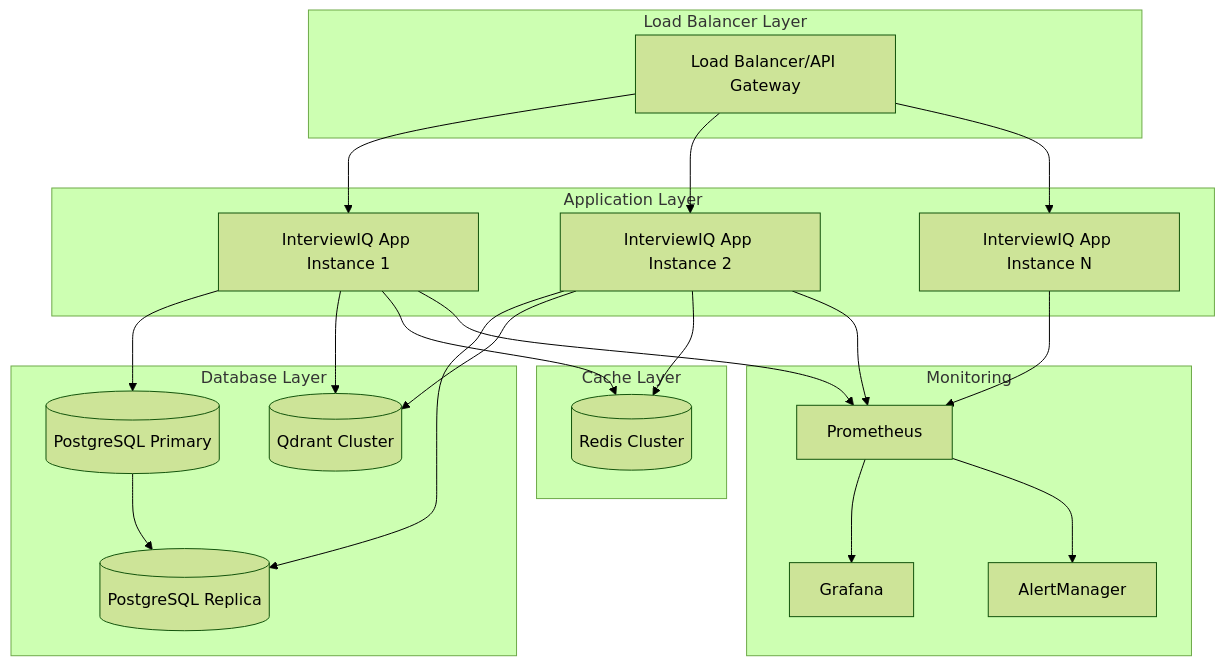
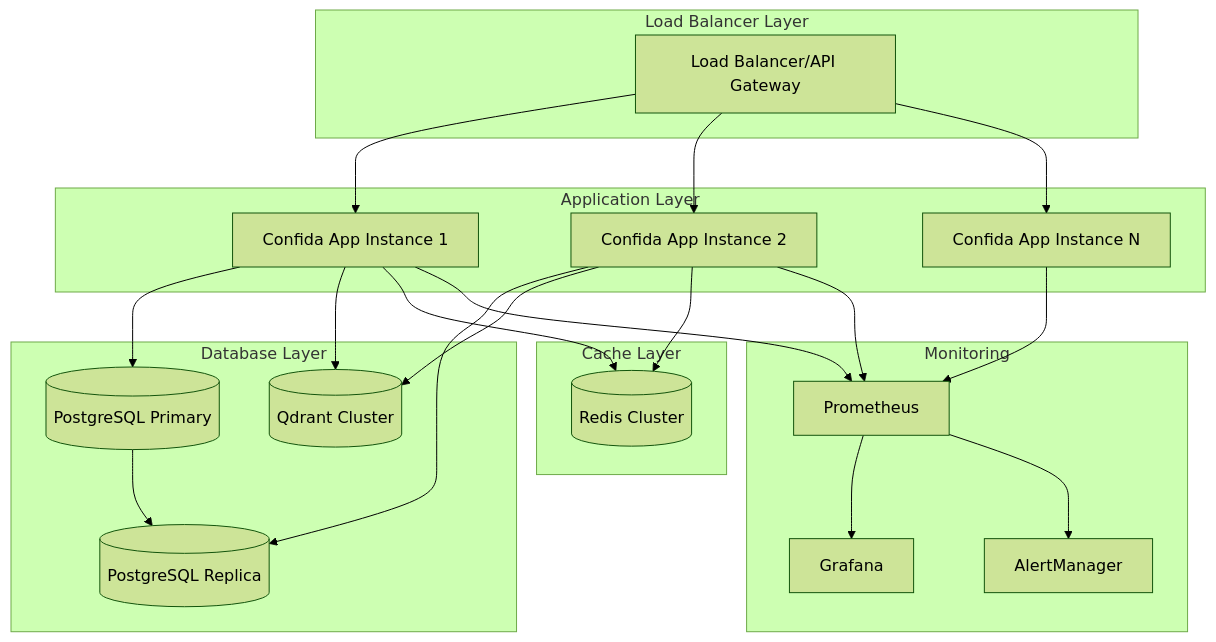
Before and after one commit to bnnadi/confida-service: the diagram in docs/PRODUCTION_DEPLOYMENT_GUIDE.md, drawn with Mermaid (forest theme). The commit also changed other lines of this file and 63 other files, not shown here.

First line of the commit message:
Update project references from InterviewIQ to Confida

````diff
--- a/docs/PRODUCTION_DEPLOYMENT_GUIDE.md
+++ b/docs/PRODUCTION_DEPLOYMENT_GUIDE.md
@@ -11,49 +11,49 @@
 ```mermaid
 graph TB
     subgraph "Load Balancer Layer"
         LB[Load Balancer/API Gateway]
     end
     
     subgraph "Application Layer"
-        APP1[InterviewIQ App Instance 1]
-        APP2[InterviewIQ App Instance 2]
-        APP3[InterviewIQ App Instance N]
+        APP1[Confida App Instance 1]
+        APP2[Confida App Instance 2]
+        APP3[Confida App Instance N]
     end
     
     subgraph "Database Layer"
         PG[(PostgreSQL Primary)]
         PG_REPLICA[(PostgreSQL Replica)]
         QDRANT[(Qdrant Cluster)]
     end
     
     subgraph "Cache Layer"
         REDIS[(Redis Cluster)]
     end
     
     subgraph "Monitoring"
         PROM[Prometheus]
         GRAF[Grafana]
         ALERT[AlertManager]
     end
     
     LB --> APP1
     LB --> APP2
     LB --> APP3
     
     APP1 --> PG
     APP1 --> QDRANT
     APP1 --> REDIS
     
     APP2 --> PG_REPLICA
     APP2 --> QDRANT
     APP2 --> REDIS
     
     PG --> PG_REPLICA
     
     APP1 --> PROM
     APP2 --> PROM
     APP3 --> PROM
     
     PROM --> GRAF
     PROM --> ALERT
 ```
````
